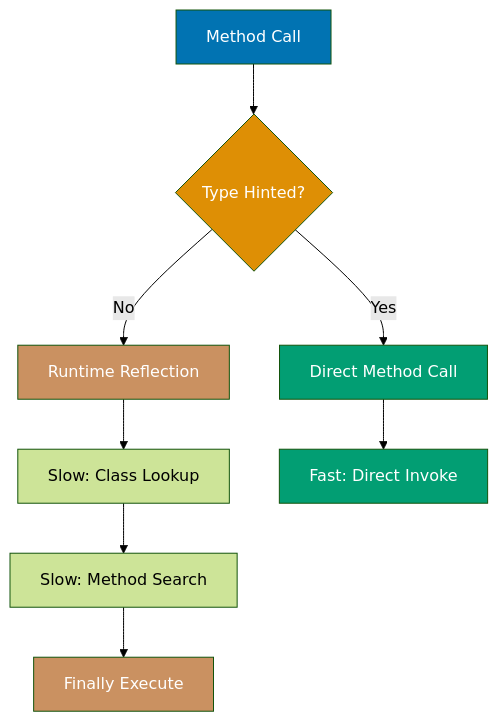
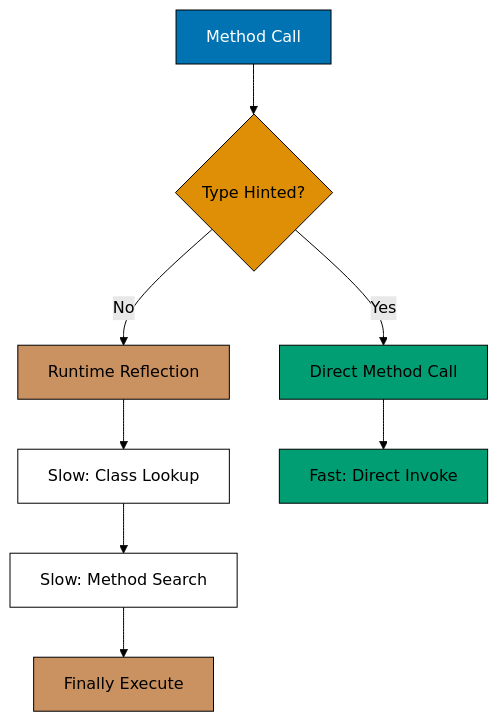
The third of 13 diagrams in apps/ayokoding-www/content/en/learn/legacy/software-engineering/programming-languages/clojure/by-example/advanced.md (wahidyankf/ose-public), drawn with Mermaid (forest theme) before and after one commit. The commit also changed other lines of this file and 112 other files, not shown here.

First line of the commit message:
fix(mermaid): bring the legacy programming-languages diagrams onto the accessible palette

````diff
--- a/apps/ayokoding-www/content/en/learn/legacy/software-engineering/programming-languages/clojure/by-example/advanced.md
+++ b/apps/ayokoding-www/content/en/learn/legacy/software-engineering/programming-languages/clojure/by-example/advanced.md
@@ -182,18 +196,25 @@
 ```mermaid
 %% Type hint performance impact
 graph TD
+    accTitle: Example 58: Type Hints for Performance
+    accDescr: Graph with 8 nodes and 7 connections. Nodes: Method Call, Type Hinted?, Runtime Reflection, Direct Method Call, Slow: Class Lookup, Slow: Method Search, Finally Execute, Fast: Direct Invoke. Connections: Method Call to Type Hinted?, Type Hinted? to Runtime Reflection (No), Type Hinted? to Direct Method Call (Yes), Runtime Reflection to Slow: Class Lookup, Slow: Class Lookup to Slow: Method Search, Slow: Method Search to Finally Execute, Direct Method Call to Fast: Direct Invoke.
     A[Method Call] --> B{Type Hinted?}
     B -->|No| C[Runtime Reflection]
     B -->|Yes| D[Direct Method Call]
     C --> E[Slow: Class Lookup]
     E --> F[Slow: Method Search]
     F --> G[Finally Execute]
     D --> H[Fast: Direct Invoke]
 
-    style A fill:#0173B2,color:#fff
-    style B fill:#DE8F05,color:#fff
-    style C fill:#CA9161,color:#fff
-    style D fill:#029E73,color:#fff
-    style G fill:#CA9161,color:#fff
-    style H fill:#029E73,color:#fff
+    classDef pal-0173B2 fill:#0173B2,stroke:#000000,color:#FFFFFF
+    class A pal-0173B2
+    classDef pal-DE8F05 fill:#DE8F05,stroke:#000000,color:#000000
+    class B pal-DE8F05
+    classDef pal-CA9161 fill:#CA9161,stroke:#000000,color:#000000
+    class C pal-CA9161
+    classDef pal-029E73 fill:#029E73,stroke:#000000,color:#000000
+    class D pal-029E73
+    class G pal-CA9161
+    class H pal-029E73
+    classDef default fill:#FFFFFF,stroke:#000000,color:#000000
 ```
````
